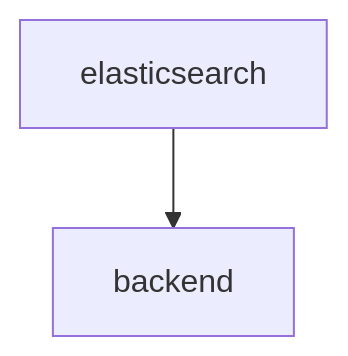
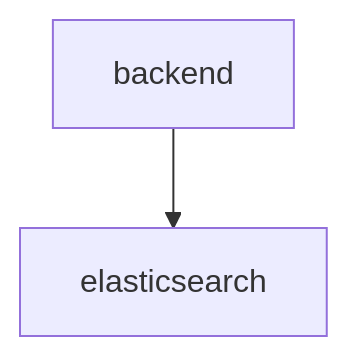
The diagram in services/backend/services/v4/README.md (SciCatProject/scicatlive), drawn with Mermaid before and after one commit. The commit also changed 1 other file, not shown here.

Commit message:
Fix mermaid line directions

````diff
--- a/services/backend/services/v4/README.md
+++ b/services/backend/services/v4/README.md
@@ -38,4 +38,4 @@
 ```mermaid
 graph TD
-    elasticsearch --> backend
+    backend --> elasticsearch
 ```
````
